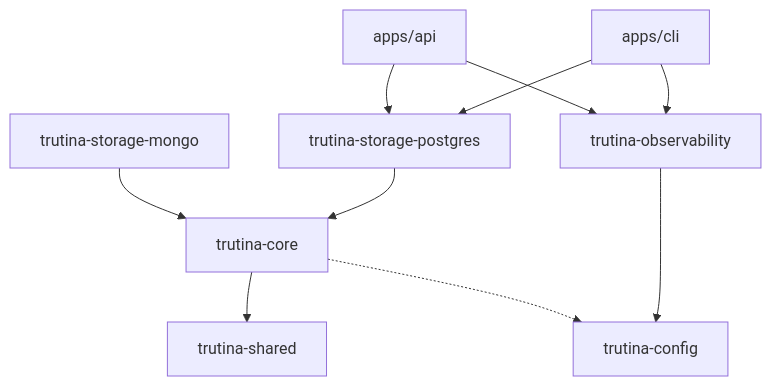
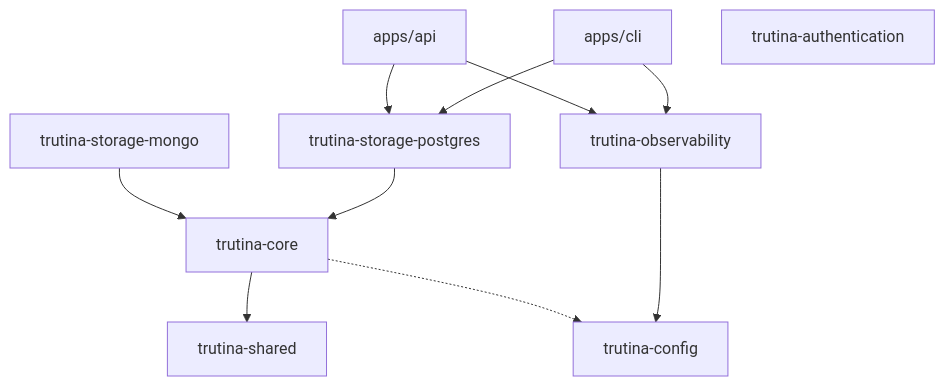
Before and after one commit to Mofathy183/trutina: the diagram in README.md, drawn with Mermaid. The commit also changed other lines of this file and 1 other file, not shown here.

First line of the commit message:
docs(authentication): update root workspace documentation

````diff
--- a/README.md
+++ b/README.md
@@ -22,12 +22,13 @@
 ```mermaid
 flowchart TD
     CLI[apps/cli] --> STORAGE_PG[trutina-storage-postgres]
     CLI --> OBS[trutina-observability]
     API[apps/api] --> STORAGE_PG
     API --> OBS
     STORAGE_PG --> CORE[trutina-core]
     STORAGE_MONGO[trutina-storage-mongo] --> CORE
     OBS --> CONFIG[trutina-config]
     CORE --> SHARED[trutina-shared]
     CORE -.-> CONFIG
+    AUTH[trutina-authentication]
 ```
````
